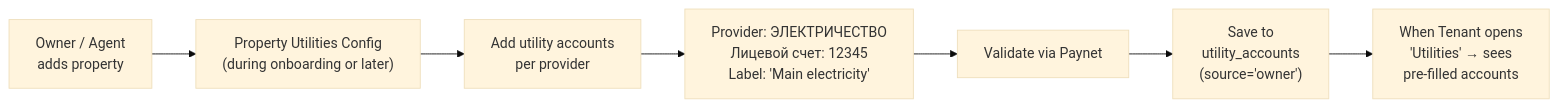
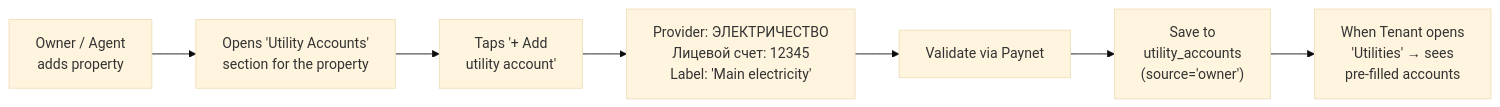
Before and after one commit to saodatm-dev/Utilities---Informational-Architecture: the ninth of 11 diagrams in utilities-payment-userflow.md, drawn with Mermaid (base theme).

Commit message:
docs: Clarify user interaction for adding utility accounts in the payment flow diagram.

````diff
--- a/utilities-payment-userflow.md
+++ b/utilities-payment-userflow.md
@@ -390,12 +390,12 @@
 ```mermaid
 flowchart LR
-    OWNER["Owner / Agent<br/>adds property"] --> CONFIG["Property Utilities Config<br/>(during onboarding or later)"]
+    OWNER["Owner / Agent<br/>adds property"] --> SECTION["Opens 'Utility Accounts'<br/>section for the property"]
 
-    CONFIG --> ADD["Add utility accounts<br/>per provider"]
+    SECTION --> ADD["Taps '+ Add<br/>utility account'"]
     ADD --> FILL["Provider: ЭЛЕКТРИЧЕСТВО<br/>Лицевой счет: 12345<br/>Label: 'Main electricity'"]
     FILL --> VALIDATE["Validate via Paynet"]
     VALIDATE --> SAVE["Save to<br/>utility_accounts<br/>(source='owner')"]
 
     SAVE --> TENANT_VIEW["When Tenant opens<br/>'Utilities' → sees<br/>pre-filled accounts"]
 
 ```
````
